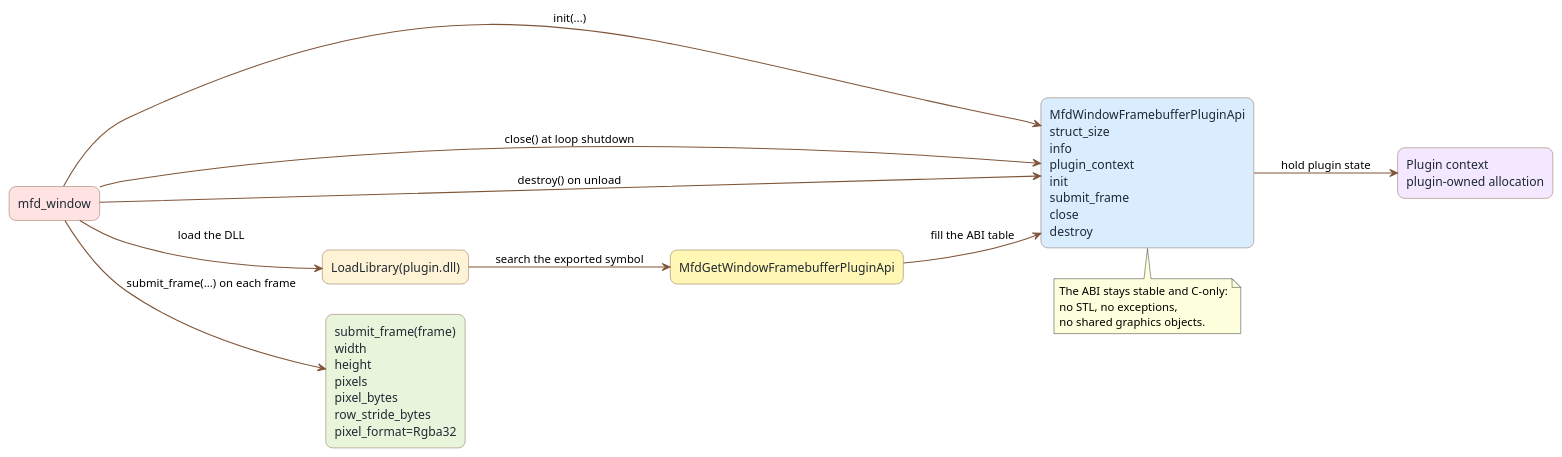
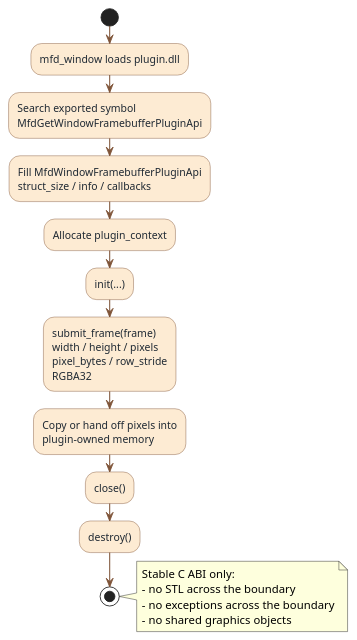
Before and after one commit to benoitfragit/MFDStudio: the diagram in docs/user_guide/diagrams/06_framebuffer_plugin_abi.puml, drawn with PlantUML. The commit also changed 13 other files, not shown here.

```diff
--- a/docs/user_guide/diagrams/06_framebuffer_plugin_abi.puml
+++ b/docs/user_guide/diagrams/06_framebuffer_plugin_abi.puml
@@ -1,35 +1,33 @@
 @startuml
 skinparam backgroundColor #FFFFFF
 skinparam shadowing false
 skinparam defaultFontName Segoe UI
 skinparam ArrowColor #7F5539
 skinparam ArrowThickness 1.2
-skinparam rectangle {
-  RoundCorner 16
+skinparam activity {
+  DiamondBorderColor #7F5539
+  DiamondBackgroundColor #FFF3D6
   BorderColor #7F5539
+  BackgroundColor #FDEBD3
   FontColor #1F2933
 }
-left to right direction
 
-rectangle "mfd_window" as Host #FFE3E3
-rectangle "LoadLibrary(plugin.dll)" as Loader #FFF3D6
-rectangle "MfdGetWindowFramebufferPluginApi" as Entry #FFF7B3
-rectangle "MfdWindowFramebufferPluginApi\nstruct_size\ninfo\nplugin_context\ninit\nsubmit_frame\nclose\ndestroy" as ApiTable #D9EDFF
-rectangle "Plugin context\nplugin-owned allocation" as Context #F3E8FF
-rectangle "submit_frame(frame)\nwidth\nheight\npixels\npixel_bytes\nrow_stride_bytes\npixel_format=Rgba32" as Submit #E9F5DB
+start
+:mfd_window loads plugin.dll;
+:Search exported symbol\nMfdGetWindowFramebufferPluginApi;
+:Fill MfdWindowFramebufferPluginApi\nstruct_size / info / callbacks;
+:Allocate plugin_context;
+:init(...);
+:submit_frame(frame)\nwidth / height / pixels\npixel_bytes / row_stride\nRGBA32;
+:Copy or hand off pixels into\nplugin-owned memory;
+:close();
+:destroy();
+stop
 
-Host --> Loader : load the DLL
-Loader --> Entry : search the exported symbol
-Entry --> ApiTable : fill the ABI table
-ApiTable --> Context : hold plugin state
-Host --> ApiTable : init(...)
-Host --> Submit : submit_frame(...) on each frame
-Host --> ApiTable : close() at loop shutdown
-Host --> ApiTable : destroy() on unload
-
-note bottom of ApiTable
-The ABI stays stable and C-only:
-no STL, no exceptions,
-no shared graphics objects.
+note right
+Stable C ABI only:
+- no STL across the boundary
+- no exceptions across the boundary
+- no shared graphics objects
 end note
 @enduml
```
